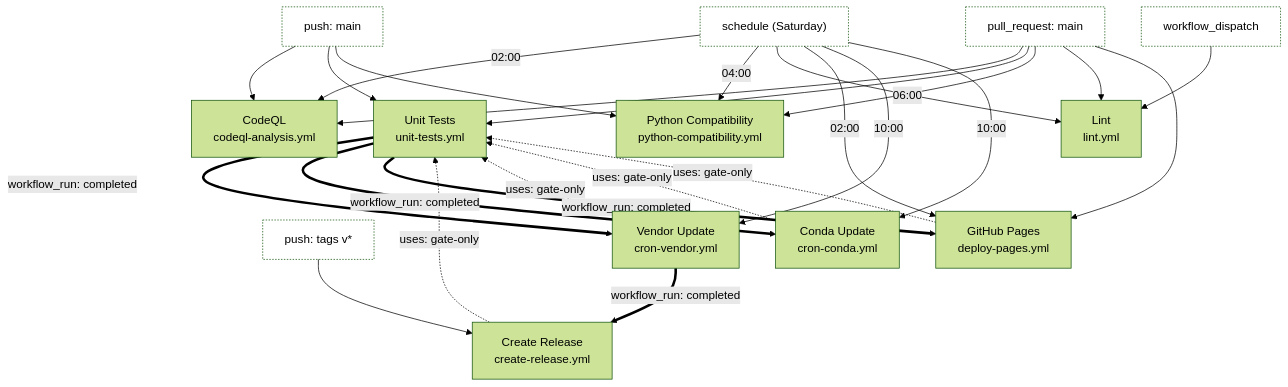
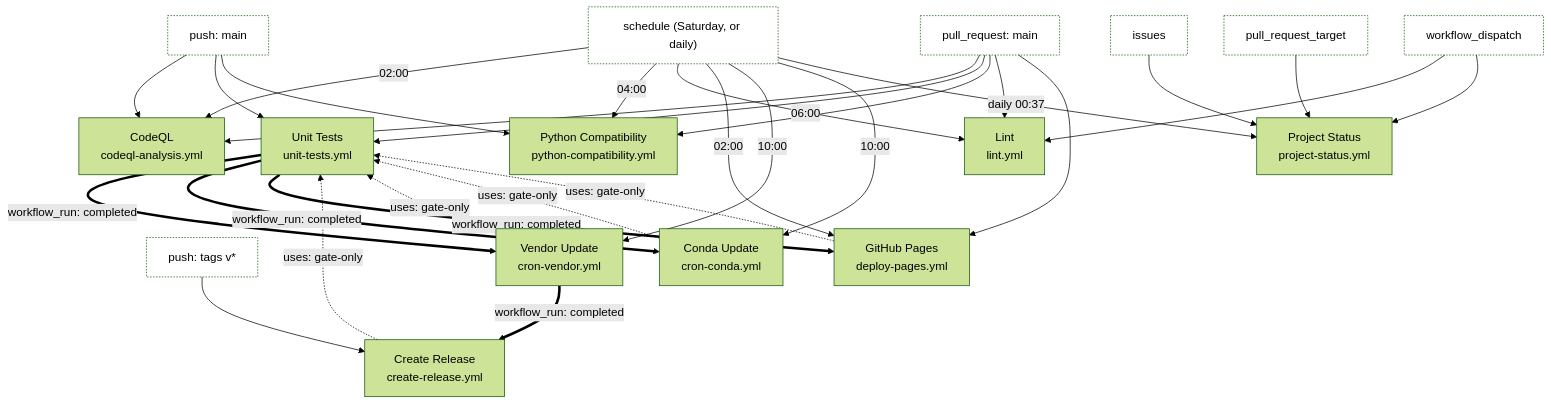
Before and after one commit to JarryShaw/PyPCAPKit: the first of 2 diagrams in docs/source/contributing/workflows.rst, drawn with Mermaid (forest theme). The commit also changed other lines of this file and 4 other files, not shown here.

Commit message:
ci: sync the project board's Status from the state labels

```diff
--- a/docs/source/contributing/workflows.rst
+++ b/docs/source/contributing/workflows.rst
@@ -101,53 +108,61 @@
 .. mermaid::
 
    flowchart TD
        PUSH["push: main"]
        PR["pull_request: main"]
        TAG["push: tags v*"]
-       SCHED["schedule (Saturday)"]
+       SCHED["schedule (Saturday, or daily)"]
+       ISSUES["issues"]
+       PRT["pull_request_target"]
        DISPATCH["workflow_dispatch"]
 
        CQ["CodeQL<br/>codeql-analysis.yml"]
        UT["Unit Tests<br/>unit-tests.yml"]
        PC["Python Compatibility<br/>python-compatibility.yml"]
        LT["Lint<br/>lint.yml"]
        VU["Vendor Update<br/>cron-vendor.yml"]
        CU["Conda Update<br/>cron-conda.yml"]
        GP["GitHub Pages<br/>deploy-pages.yml"]
        CR["Create Release<br/>create-release.yml"]
+       PS["Project Status<br/>project-status.yml"]
 
        PUSH --> CQ
        PR --> CQ
        SCHED -->|02:00| CQ
 
        PUSH --> UT
        PR --> UT
 
        PUSH --> PC
        PR --> PC
        SCHED -->|04:00| PC
 
        PR --> LT
        SCHED -->|06:00| LT
        DISPATCH --> LT
 
        PR --> GP
        SCHED -->|02:00| GP
 
        SCHED -->|10:00| VU
        SCHED -->|10:00| CU
 
        TAG --> CR
 
+       ISSUES --> PS
+       PRT --> PS
+       SCHED -->|daily 00:37| PS
+       DISPATCH --> PS
+
        UT ==>|workflow_run: completed| VU
        UT ==>|workflow_run: completed| CU
        UT ==>|workflow_run: completed| GP
        VU ==>|workflow_run: completed| CR
 
        VU -.->|uses: gate-only| UT
        CU -.->|uses: gate-only| UT
        GP -.->|uses: gate-only| UT
        CR -.->|uses: gate-only| UT
 
        classDef trig fill:none,stroke-dasharray:2 2
-       class PUSH,PR,TAG,SCHED,DISPATCH trig
+       class PUSH,PR,TAG,SCHED,DISPATCH,ISSUES,PRT trig
```
